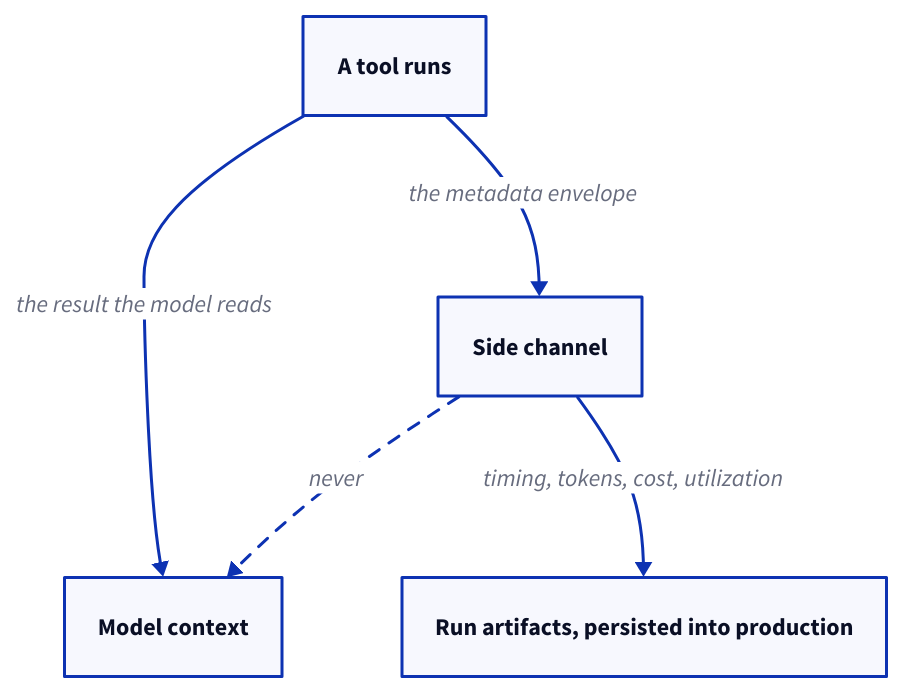
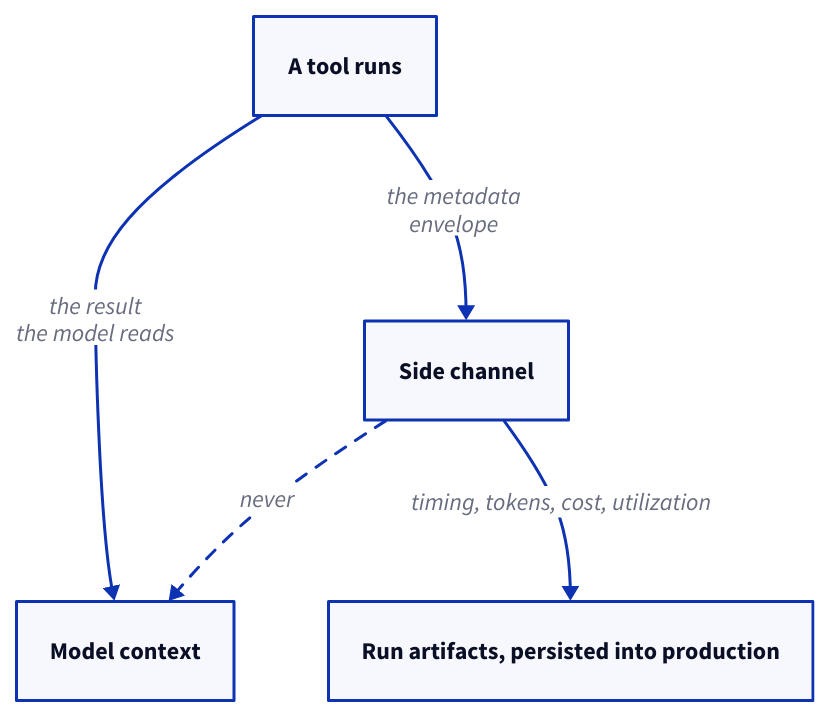
The diagram in docs/engineering/observability.md (mesagroup/ai-agent-development-handbook), drawn with D2 before and after one commit. The commit also changed 1 other file, not shown here.

Commit message:
docs(lidia-tech/lidia-agents#537): break the two edge labels that were sitting on their own arrows
d2 punches a hole in a connection's stroke wherever its label sits, so a label
wider than the space beside the line does not just crowd the arrow, it erases
the segment underneath and leaves the reader with a line that appears to stop
and restart.

Both labels here were wide enough to do that. The shortcut label in the
three-layer diagram is centred on its vertical run, so half its width hung over
the Layer 1 box; four short lines pull it clear. The metadata-envelope label in
the observability diagram sat across the horizontal jog of the neighbouring
edge; splitting it, and its sibling for symmetry, moves it off the jog and
narrows the diagram from 448 to 424.

Verified in the artifact: all seven diagrams now render with zero label-to-box
overlaps, at natural size, with no horizontal scroll.

Refs lidia-tech/lidia-agents#537

````diff
--- a/docs/engineering/observability.md
+++ b/docs/engineering/observability.md
@@ -15,10 +15,10 @@
 ```d2 title="The observability side channel"
 tool: A tool runs
 ctx: Model context
 side: Side channel
 art: Run artifacts, persisted into production
-tool -> ctx: the result the model reads
-tool -> side: the metadata envelope
+tool -> ctx: "the result\nthe model reads"
+tool -> side: "the metadata\nenvelope"
 side -> art: timing, tokens, cost, utilization
 side -> ctx: never {style.stroke-dash: 4}
 ```
````
